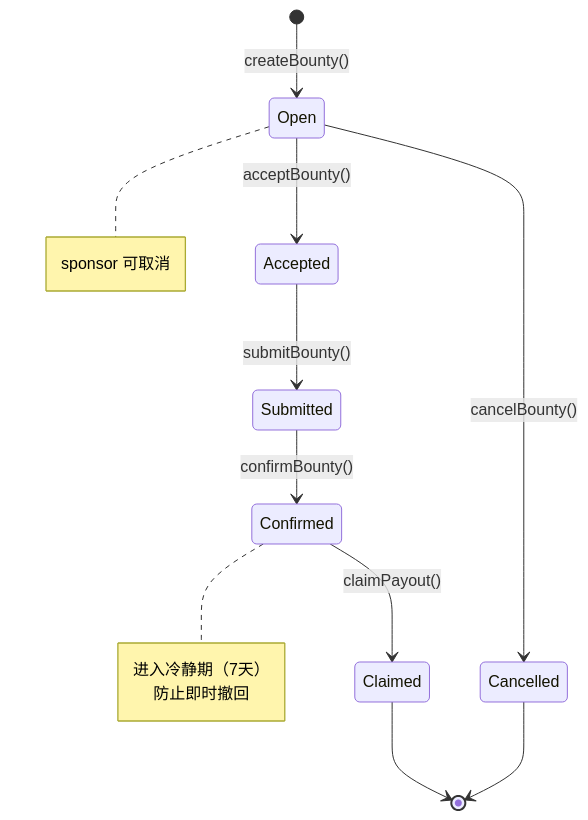
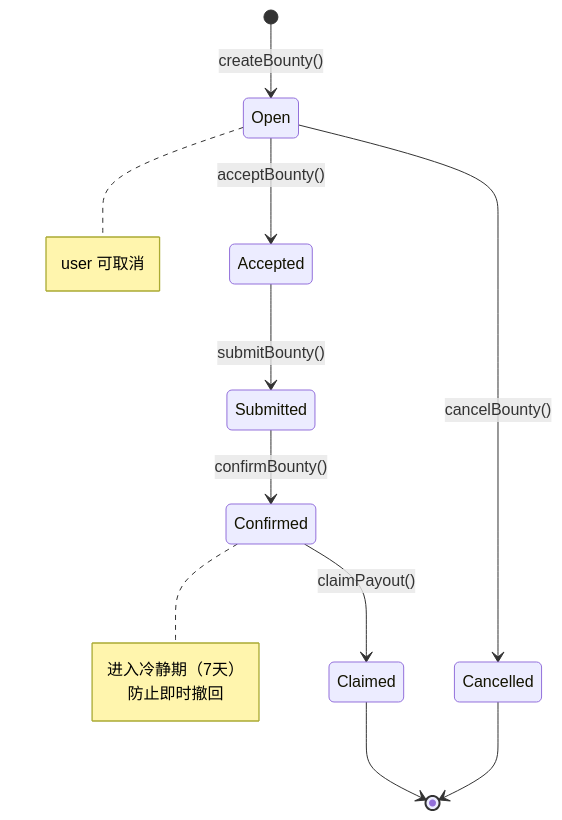
Before and after one commit to cyl19970726/Code3: the diagram in docs/01-data-model.md, drawn with Mermaid. The commit also changed other lines of this file and 6 other files, not shown here.

````diff
--- a/docs/01-data-model.md
+++ b/docs/01-data-model.md
@@ -119,20 +119,20 @@
 ```mermaid
 stateDiagram-v2
     [*] --> Open: createBounty()
     Open --> Accepted: acceptBounty()
     Open --> Cancelled: cancelBounty()
     Accepted --> Submitted: submitBounty()
     Submitted --> Confirmed: confirmBounty()
     Confirmed --> Claimed: claimPayout()
     Claimed --> [*]
     Cancelled --> [*]
 
     note right of Open
-        sponsor 可取消
+        user 可取消
     end note
 
     note right of Confirmed
         进入冷静期（7天）
         防止即时撤回
     end note
 ```
````
